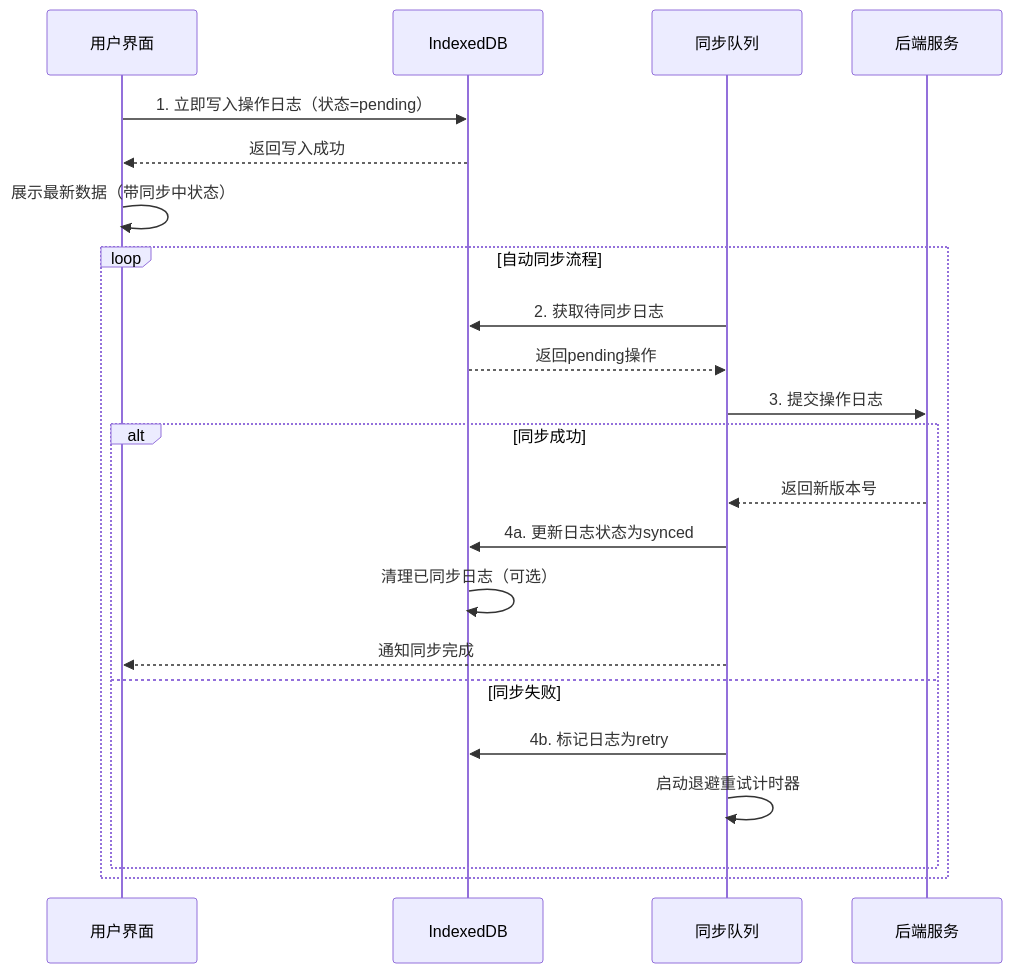
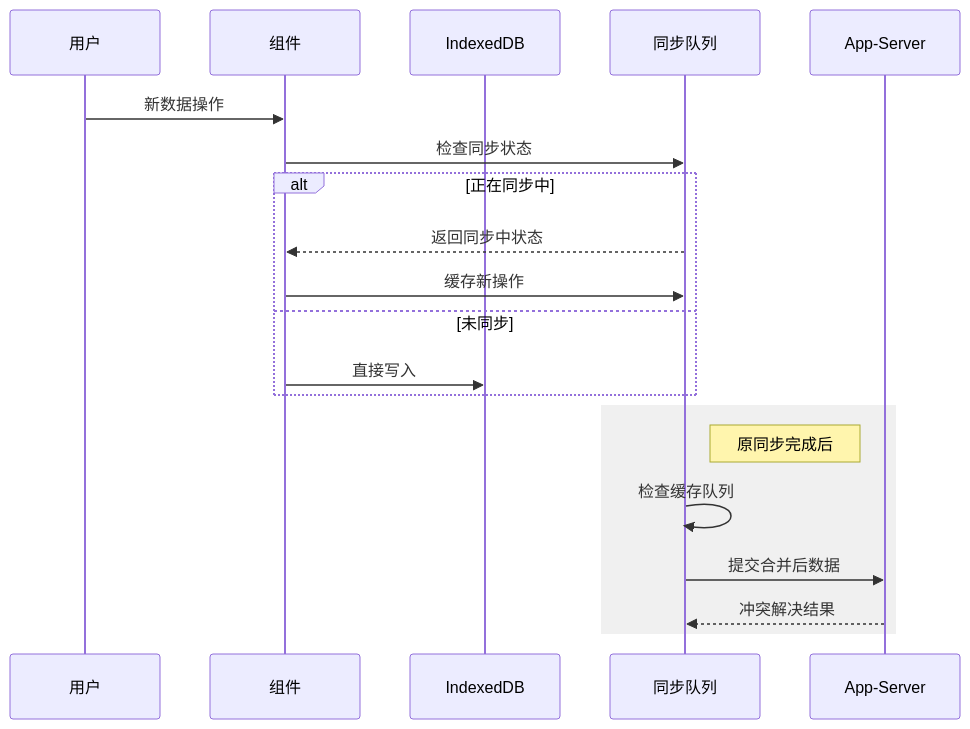
Before and after one commit to yingjianzh/iodraw-files: the diagram in all/未命名-24.md, drawn with Mermaid.

Commit message:
2025-02-24 11:11:01 update

````diff
--- a/all/未命名-24.md
+++ b/all/未命名-24.md
@@ -1,26 +1,27 @@
 ```mermaid
+
 sequenceDiagram
-    participant UI as 用户界面
-    participant Local as IndexedDB
-    participant Sync as 同步队列
-    participant Server as 后端服务
+    participant 用户
+    participant 组件
+    participant IndexedDB
+    participant 同步队列
+    participant App-Server
 
-    UI->>Local: 1. 立即写入操作日志（状态=pending）
-    Local-->>UI: 返回写入成功
-    UI->>UI: 展示最新数据（带同步中状态）
 
-    loop 自动同步流程
-        Sync->>Local: 2. 获取待同步日志
-        Local-->>Sync: 返回pending操作
-        Sync->>Server: 3. 提交操作日志
-        alt 同步成功
-            Server-->>Sync: 返回新版本号
-            Sync->>Local: 4a. 更新日志状态为synced
-            Local->>Local: 清理已同步日志（可选）
-            Sync-->>UI: 通知同步完成
-        else 同步失败
-            Sync->>Local: 4b. 标记日志为retry
-            Sync->>Sync: 启动退避重试计时器
-        end
+    用户->>组件: 新数据操作
+    组件->>同步队列: 检查同步状态
+    alt 正在同步中
+        同步队列-->>组件: 返回同步中状态
+        组件->>同步队列: 缓存新操作
+    else 未同步
+        组件->>IndexedDB: 直接写入
     end
+    
+    rect rgb(240,240,240)
+    Note right of 同步队列: 原同步完成后
+    同步队列->>同步队列: 检查缓存队列
+    同步队列->>App-Server: 提交合并后数据
+    App-Server-->>同步队列: 冲突解决结果
+    end
+
 ```
````
